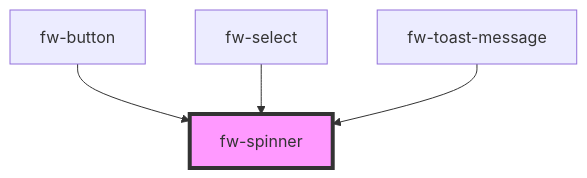
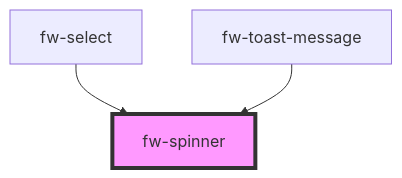
Before and after one commit to freshworks/crayons: the diagram in packages/crayons-core/src/components/spinner/readme.md, drawn with Mermaid. The commit also changed other lines of this file and 18 other files, not shown here.

````diff
--- a/packages/crayons-core/src/components/spinner/readme.md
+++ b/packages/crayons-core/src/components/spinner/readme.md
@@ -72,7 +71,6 @@
 ```mermaid
 graph TD;
-  fw-button --> fw-spinner
   fw-select --> fw-spinner
   fw-toast-message --> fw-spinner
   style fw-spinner fill:#f9f,stroke:#333,stroke-width:4px
 ```
````
